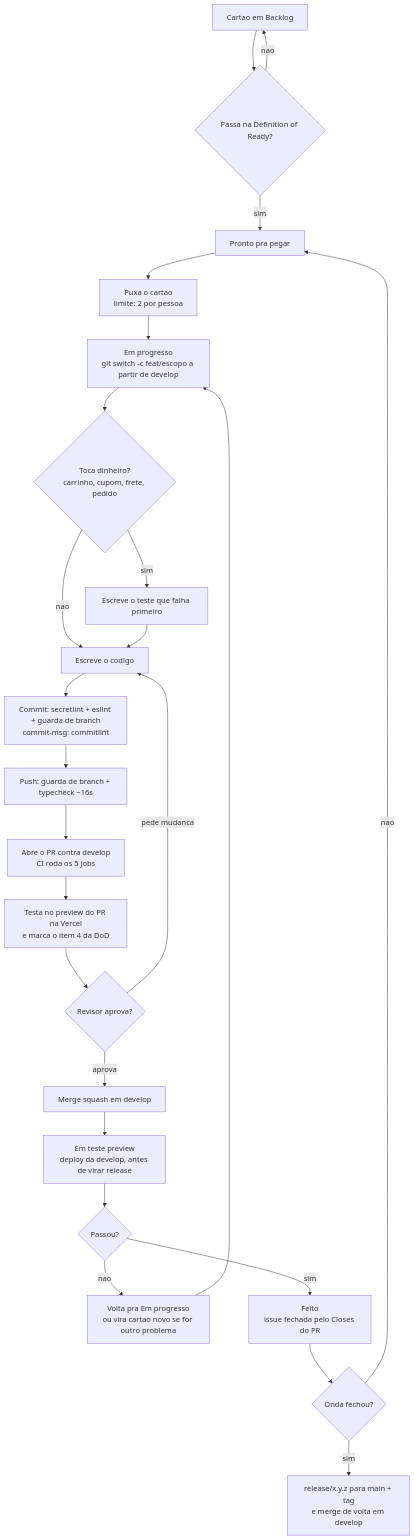
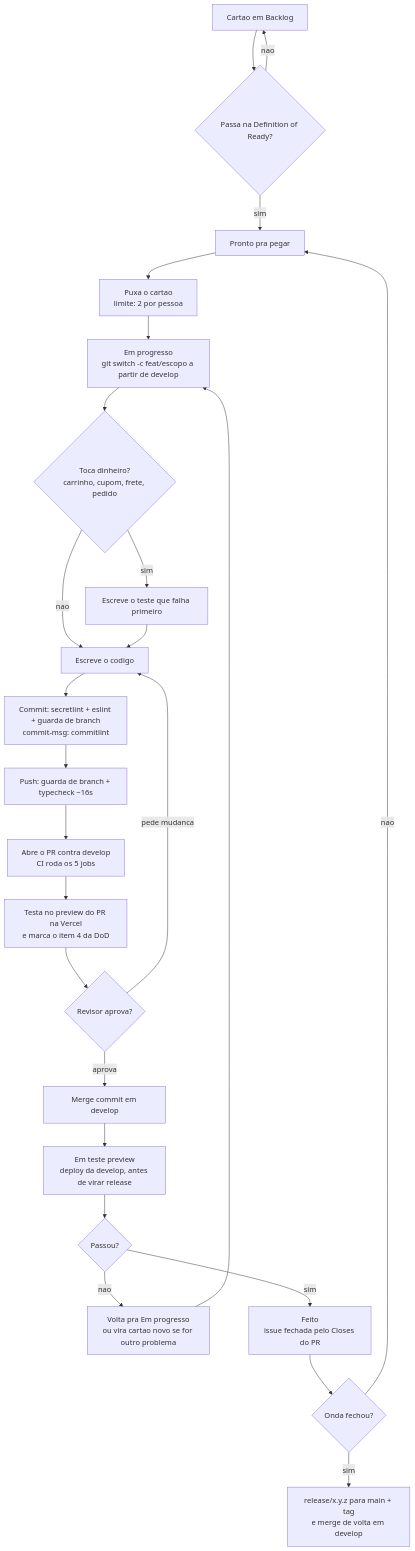
One commit to BielWeed/ikcous-marketplace changed the diagram in docs/processo/METODOLOGIA.md. Above: the diagram before and after it, drawn with Mermaid. The commit also changed other lines of this file and 2 other files, not shown here.

Commit message:
docs(tooling): metodologia, kanban e onboarding ensinam merge commit

````diff
--- a/docs/processo/METODOLOGIA.md
+++ b/docs/processo/METODOLOGIA.md
@@ -422,27 +422,27 @@
 ```mermaid
 flowchart TD
     A["Cartao em Backlog"] --> B{"Passa na Definition of Ready?"}
     B -- nao --> A
     B -- sim --> C["Pronto pra pegar"]
     C --> D["Puxa o cartao<br/>limite: 2 por pessoa"]
     D --> E["Em progresso<br/>git switch -c feat/escopo a partir de develop"]
     E --> F{"Toca dinheiro?<br/>carrinho, cupom, frete, pedido"}
     F -- sim --> G["Escreve o teste que falha primeiro"]
     F -- nao --> H["Escreve o codigo"]
     G --> H
     H --> I["Commit: secretlint + eslint + guarda de branch<br/>commit-msg: commitlint"]
     I --> J["Push: guarda de branch + typecheck ~16s"]
     J --> K["Abre o PR contra develop<br/>CI roda os 5 jobs"]
     K --> L["Testa no preview do PR na Vercel<br/>e marca o item 4 da DoD"]
     L --> M{"Revisor aprova?"}
     M -- "pede mudanca" --> H
-    M -- aprova --> N["Merge squash em develop"]
+    M -- aprova --> N["Merge commit em develop"]
     N --> O["Em teste preview<br/>deploy da develop, antes de virar release"]
     O --> P{"Passou?"}
     P -- nao --> Q["Volta pra Em progresso<br/>ou vira cartao novo se for outro problema"]
     Q --> E
     P -- sim --> R["Feito<br/>issue fechada pelo Closes do PR"]
     R --> S{"Onda fechou?"}
     S -- nao --> C
     S -- sim --> T["release/x.y.z para main + tag<br/>e merge de volta em develop"]
 ```
````
